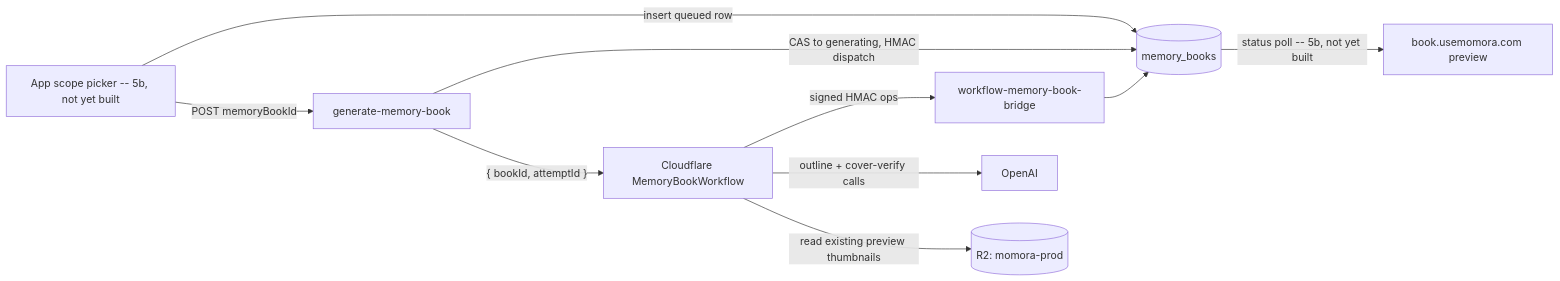
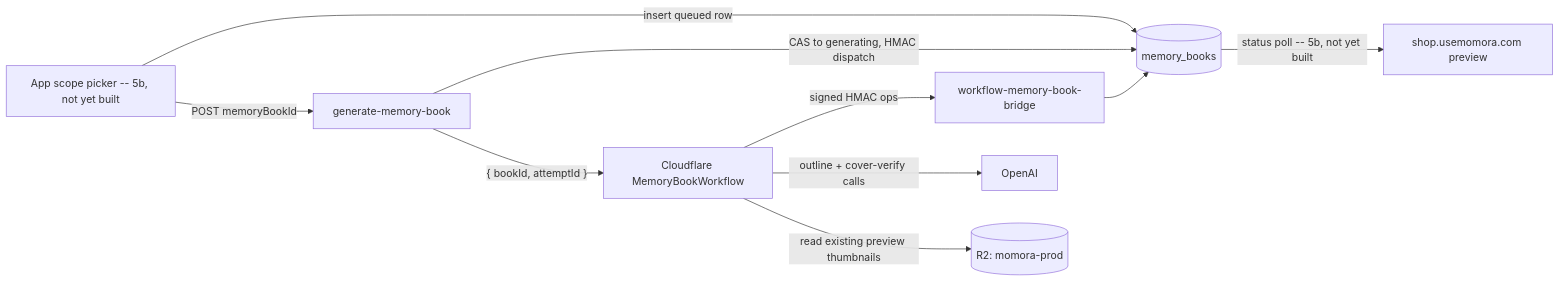
Before and after one commit to eduardoyi/newmomora: the diagram in docs/features/memory-book-generation.md, drawn with Mermaid. The commit also changed other lines of this file and 9 other files, not shown here.

First line of the commit message:
memory-book: web app moves to shop.usemomora.com

````diff
--- a/docs/features/memory-book-generation.md
+++ b/docs/features/memory-book-generation.md
@@ -60,12 +60,12 @@
 ```mermaid
 flowchart LR
   A[App scope picker -- 5b, not yet built] -->|insert queued row| M[(memory_books)]
   A -->|POST memoryBookId| D[generate-memory-book]
   D -->|CAS to generating, HMAC dispatch| M
   D -->|"{ bookId, attemptId }"| W[Cloudflare MemoryBookWorkflow]
   W -->|signed HMAC ops| BR[workflow-memory-book-bridge]
   BR --> M
   W -->|outline + cover-verify calls| AI[OpenAI]
   W -->|read existing preview thumbnails| R2[(R2: momora-prod)]
-  M -->|status poll -- 5b, not yet built| B[book.usemomora.com preview]
+  M -->|status poll -- 5b, not yet built| B[shop.usemomora.com preview]
 ```
````
